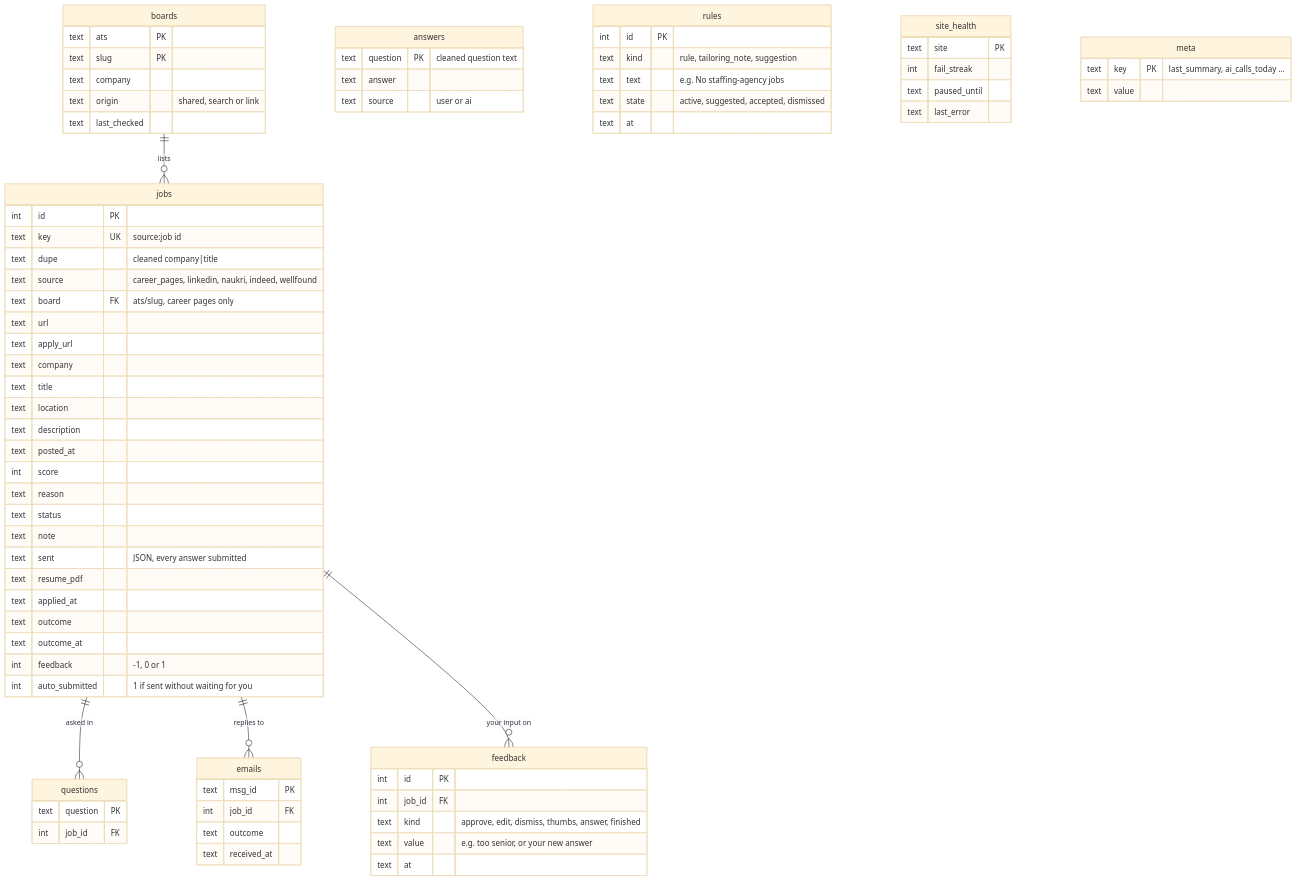
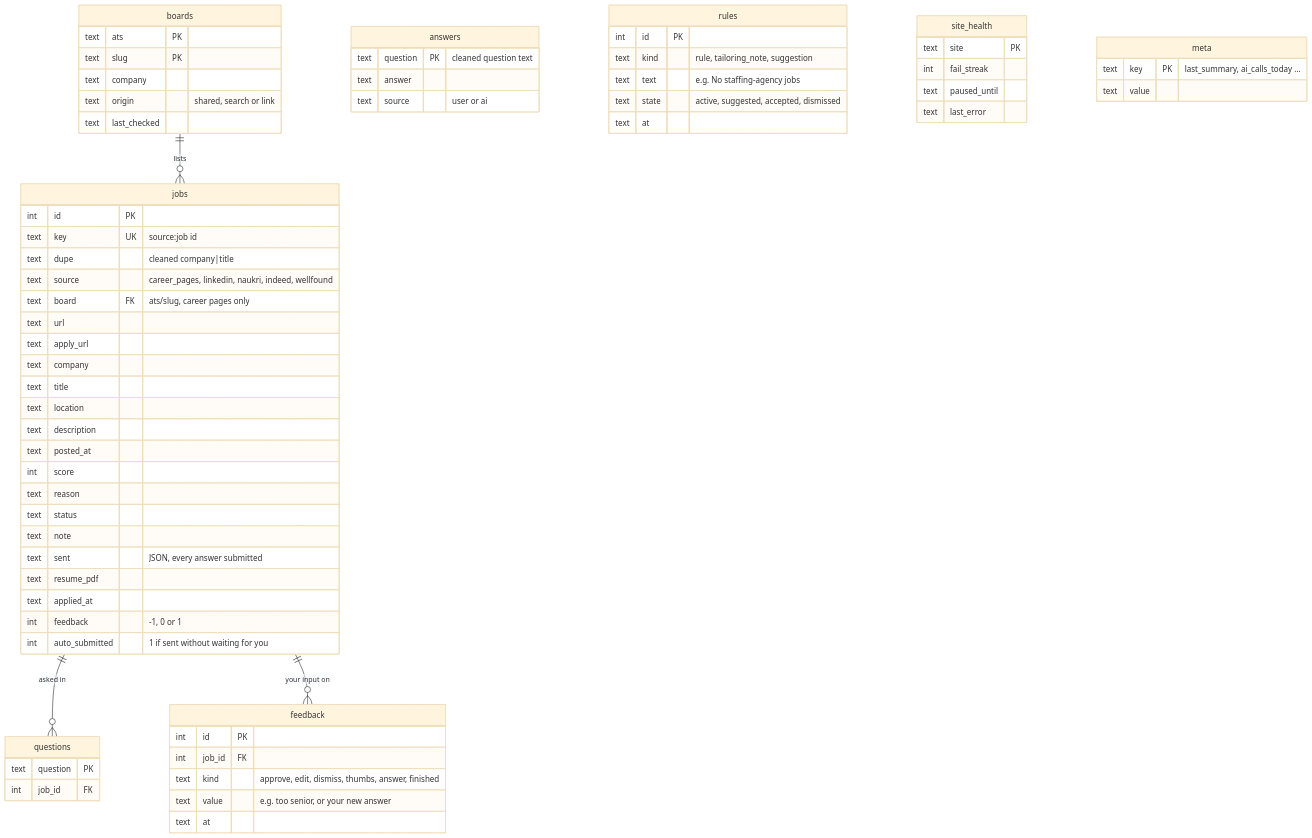
One commit to Avijit07x/truapply changed the third of 7 diagrams in docs/architecture.md. Above: the diagram before and after it, drawn with Mermaid (base theme). The commit also changed other lines of this file and 11 other files, not shown here.

````diff
--- a/docs/architecture.md
+++ b/docs/architecture.md
@@ -200,78 +199,69 @@
 ```mermaid
 erDiagram
   boards ||--o{ jobs : lists
   jobs ||--o{ questions : "asked in"
-  jobs ||--o{ emails : "replies to"
   jobs ||--o{ feedback : "your input on"
   jobs {
     int id PK
     text key UK "source:job id"
     text dupe "cleaned company|title"
     text source "career_pages, linkedin, naukri, indeed, wellfound"
     text board FK "ats/slug, career pages only"
     text url
     text apply_url
     text company
     text title
     text location
     text description
     text posted_at
     int score
     text reason
     text status
     text note
     text sent "JSON, every answer submitted"
     text resume_pdf
     text applied_at
-    text outcome
-    text outcome_at
     int feedback "-1, 0 or 1"
     int auto_submitted "1 if sent without waiting for you"
   }
   boards {
     text ats PK
     text slug PK
     text company
     text origin "shared, search or link"
     text last_checked
   }
   answers {
     text question PK "cleaned question text"
     text answer
     text source "user or ai"
   }
   questions {
     text question PK
     int job_id FK
-  }
-  emails {
-    text msg_id PK
-    int job_id FK
-    text outcome
-    text received_at
   }
   feedback {
     int id PK
     int job_id FK
     text kind "approve, edit, dismiss, thumbs, answer, finished"
     text value "e.g. too senior, or your new answer"
     text at
   }
   rules {
     int id PK
     text kind "rule, tailoring_note, suggestion"
     text text "e.g. No staffing-agency jobs"
     text state "active, suggested, accepted, dismissed"
     text at
   }
   site_health {
     text site PK
     int fail_streak
     text paused_until
     text last_error
   }
   meta {
     text key PK "last_summary, ai_calls_today …"
     text value
   }
 ```
````
